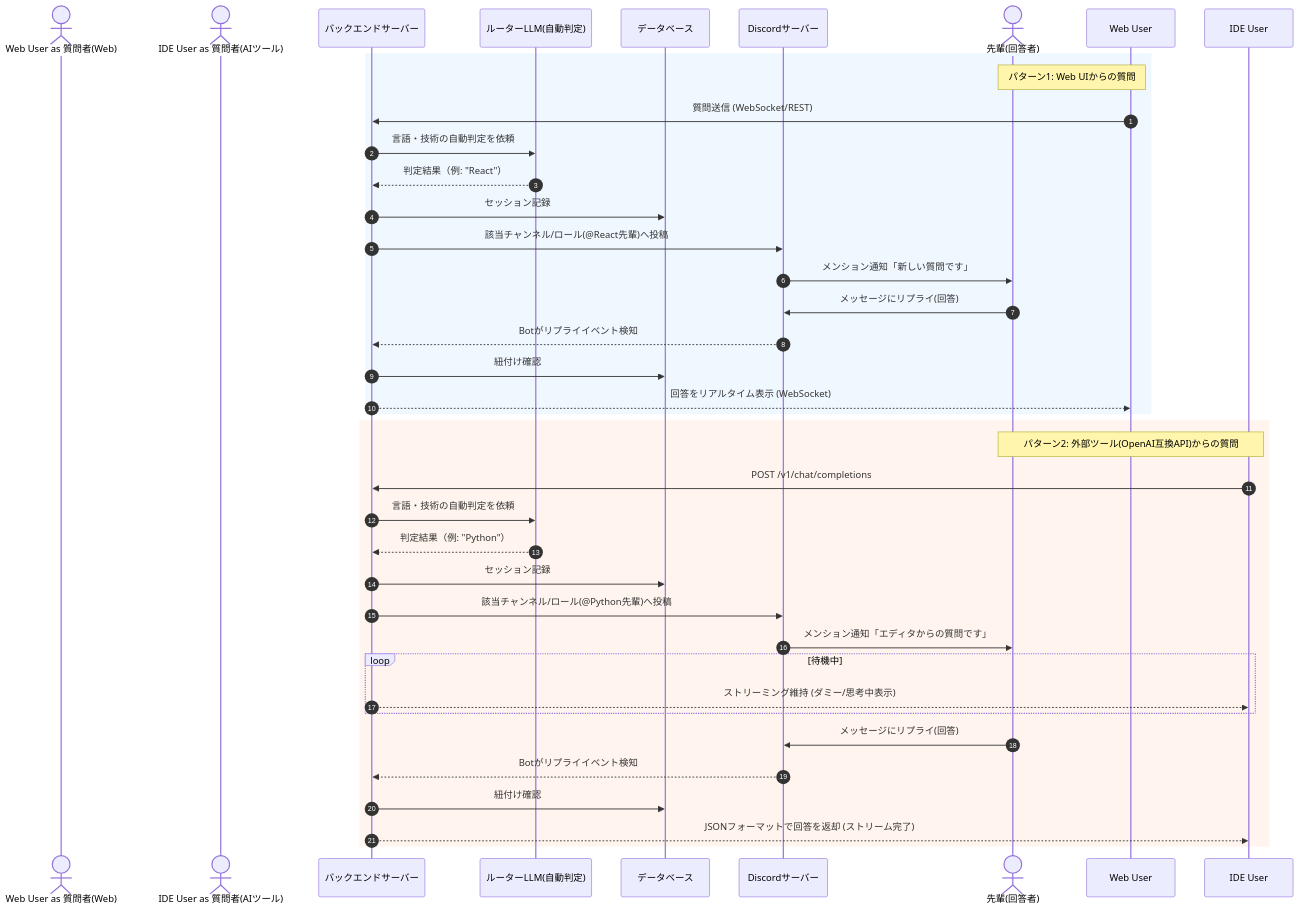
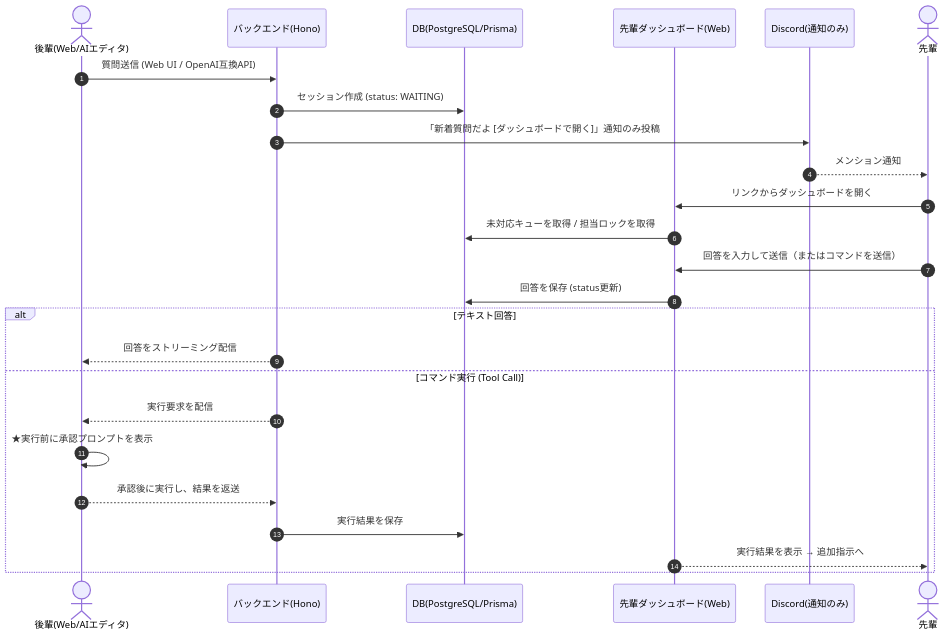
Before and after one commit to Chika0221/llm-senpai: the diagram in docs/specification.md, drawn with Mermaid. The commit also changed other lines of this file and 1 other file, not shown here.

````diff
--- a/docs/specification.md
+++ b/docs/specification.md
@@ -57,48 +56,29 @@
 ```mermaid
 sequenceDiagram
     autonumber
-    
-    actor Web User as 質問者(Web)
-    actor IDE User as 質問者(AIツール)
-    participant Backend as バックエンドサーバー
-    participant LLM as ルーターLLM(自動判定)
-    participant DB as データベース
-    participant Discord as Discordサーバー
-    actor Senior as 先輩(回答者)
+    actor Kohai as 後輩(Web/AIエディタ)
+    participant Backend as バックエンド(Hono)
+    participant DB as DB(PostgreSQL/Prisma)
+    participant Dash as 先輩ダッシュボード(Web)
+    participant Discord as Discord(通知のみ)
+    actor Senpai as 先輩
 
-    %% Web UIからのフロー
-    rect rgb(240, 248, 255)
-    Note over Web User, Senior: パターン1: Web UIからの質問
-    Web User->>Backend: 質問送信 (WebSocket/REST)
-    Backend->>LLM: 言語・技術の自動判定を依頼
-    LLM-->>Backend: 判定結果（例: "React"）
-    Backend->>DB: セッション記録
-    Backend->>Discord: 該当チャンネル/ロール(@React先輩)へ投稿
-    Discord->>Senior: メンション通知「新しい質問です」
-    Senior->>Discord: メッセージにリプライ(回答)
-    Discord-->>Backend: Botがリプライイベント検知
-    Backend->>DB: 紐付け確認
-    Backend-->>Web User: 回答をリアルタイム表示 (WebSocket)
-    end
+    Kohai->>Backend: 質問送信 (Web UI / OpenAI互換API)
+    Backend->>DB: セッション作成 (status: WAITING)
+    Backend->>Discord: 「新着質問だよ [ダッシュボードで開く]」通知のみ投稿
+    Discord-->>Senpai: メンション通知
+    Senpai->>Dash: リンクからダッシュボードを開く
+    Dash->>DB: 未対応キューを取得 / 担当ロックを取得
+    Senpai->>Dash: 回答を入力して送信（またはコマンドを送信）
+    Dash->>DB: 回答を保存 (status更新)
 
-    %% 外部ツールからのフロー
-    rect rgb(255, 245, 238)
-    Note over IDE User, Senior: パターン2: 外部ツール(OpenAI互換API)からの質問
-    IDE User->>Backend: POST /v1/chat/completions
-    Backend->>LLM: 言語・技術の自動判定を依頼
-    LLM-->>Backend: 判定結果（例: "Python"）
-    Backend->>DB: セッション記録
-    Backend->>Discord: 該当チャンネル/ロール(@Python先輩)へ投稿
-    Discord->>Senior: メンション通知「エディタからの質問です」
-    
-    %% タイムアウト防止ループ
-    loop 待機中
-        Backend-->>IDE User: ストリーミング維持 (ダミー/思考中表示)
-    end
-    
-    Senior->>Discord: メッセージにリプライ(回答)
-    Discord-->>Backend: Botがリプライイベント検知
-    Backend->>DB: 紐付け確認
-    Backend-->>IDE User: JSONフォーマットで回答を返却 (ストリーム完了)
+    alt テキスト回答
+        Backend-->>Kohai: 回答をストリーミング配信
+    else コマンド実行 (Tool Call)
+        Backend-->>Kohai: 実行要求を配信
+        Kohai->>Kohai: ★実行前に承認プロンプトを表示
+        Kohai-->>Backend: 承認後に実行し、結果を返送
+        Backend->>DB: 実行結果を保存
+        Dash-->>Senpai: 実行結果を表示 → 追加指示へ
     end
 ```
````
